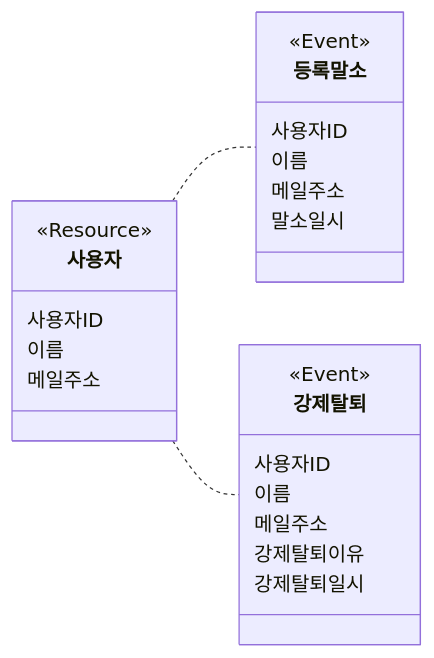
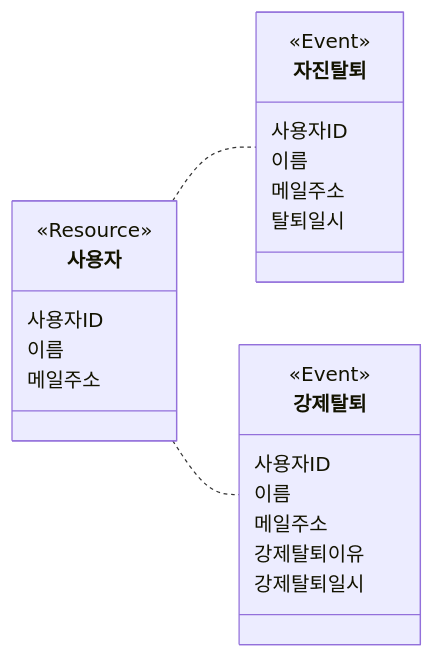
Before and after one commit to mimul/mimul.com: the fourth of 13 diagrams in content/blog/logical-delete/index.mdx, drawn with Mermaid. The commit also changed other lines of this file, not shown here.

````diff
--- a/content/blog/logical-delete/index.mdx
+++ b/content/blog/logical-delete/index.mdx
@@ -212,51 +212,51 @@
 ```mermaid
 classDiagram
 
 direction LR
 
 class 사용자 {
 
 <<Resource>>
 
 사용자ID
 
 이름
 
 메일주소
 
 }
 
-class 등록말소 {
+class 자진탈퇴 {
 
 <<Event>>
 
 사용자ID
 
 이름
 
 메일주소
 
-말소일시
+탈퇴일시
 
 }
 
 class 강제탈퇴 {
 
 <<Event>>
 
 사용자ID
 
 이름
 
 메일주소
 
 강제탈퇴이유
 
 강제탈퇴일시
 
 }
 
-사용자 .. 등록말소
+사용자 .. 자진탈퇴
 
 사용자 .. 강제탈퇴
 ```
````
